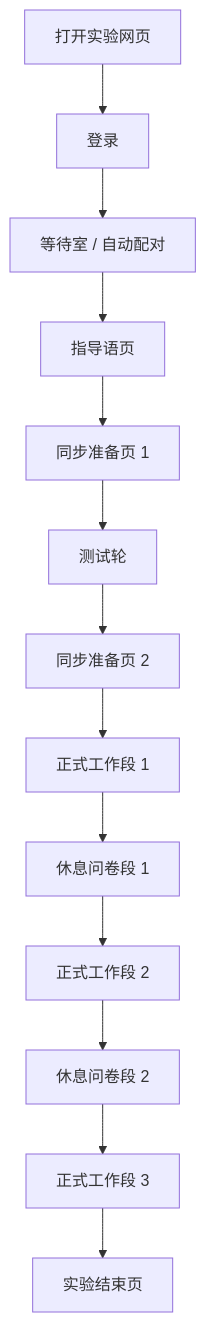
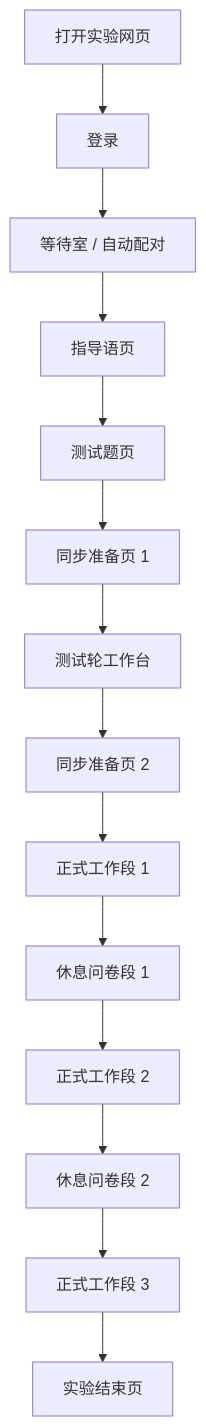
The first of 4 diagrams in 02_specs/00_overview/APP_FLOW.md (yezhouyedu/multicooperation), drawn with Mermaid before and after one commit. The commit also changed other lines of this file and 5 other files, not shown here.

````diff
--- a/02_specs/00_overview/APP_FLOW.md
+++ b/02_specs/00_overview/APP_FLOW.md
@@ -14,15 +14,16 @@
 ```mermaid
 flowchart TD
     Start["打开实验网页"] --> Login["登录"]
     Login --> Waiting["等待室 / 自动配对"]
     Waiting --> Instruction["指导语页"]
-    Instruction --> ReadyPractice["同步准备页 1"]
-    ReadyPractice --> Practice["测试轮"]
+    Instruction --> PracticeQuiz["测试题页"]
+    PracticeQuiz --> ReadyPractice["同步准备页 1"]
+    ReadyPractice --> Practice["测试轮工作台"]
     Practice --> ReadyFormal["同步准备页 2"]
     ReadyFormal --> Work1["正式工作段 1"]
     Work1 --> Break1["休息问卷段 1"]
     Break1 --> Work2["正式工作段 2"]
     Work2 --> Break2["休息问卷段 2"]
     Break2 --> Work3["正式工作段 3"]
     Work3 --> End["实验结束页"]
 ```
````
